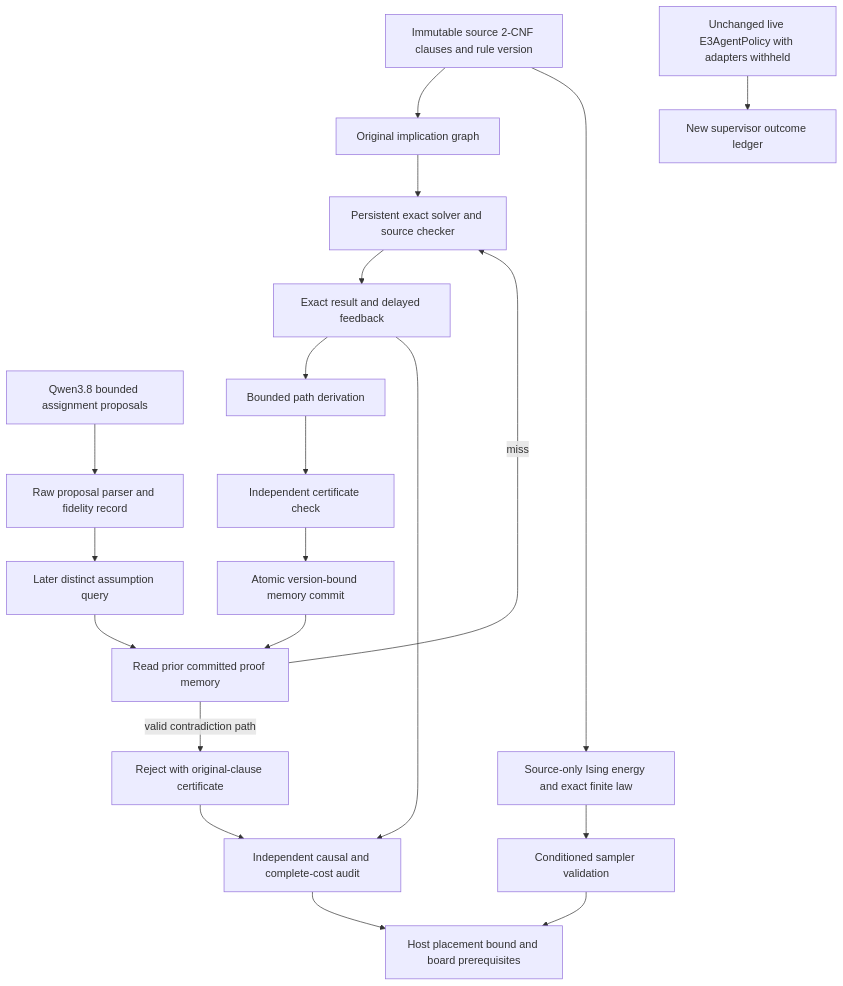
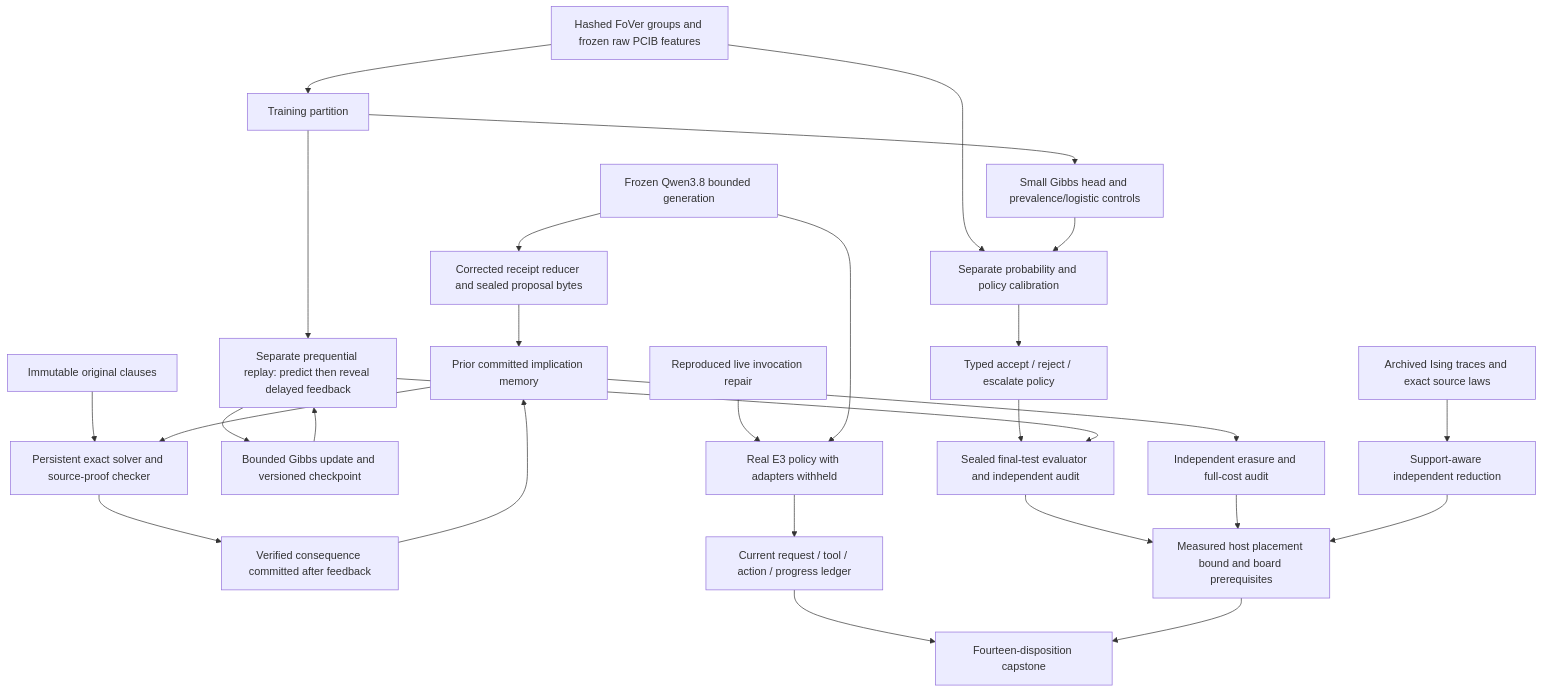
One commit to Carnot-EBM/carnot-ebm changed the first of 2 diagrams in openspec/change-proposals/research-roadmap-vNEXT.md. Above: the diagram before and after it, drawn with Mermaid. The commit also changed other lines of this file and 16 other files, not shown here.

````diff
--- a/openspec/change-proposals/research-roadmap-vNEXT.md
+++ b/openspec/change-proposals/research-roadmap-vNEXT.md
@@ -89,22 +108,29 @@
 ```mermaid
 flowchart TD
-    S[Immutable source 2-CNF clauses and rule version] --> G[Original implication graph]
-    Q[Qwen3.8 bounded assignment proposals] --> P[Raw proposal parser and fidelity record]
-    P --> R[Later distinct assumption query]
-    G --> X[Persistent exact solver and source checker]
-    R --> M[Read prior committed proof memory]
-    M -->|valid contradiction path| J[Reject with original-clause certificate]
-    M -->|miss| X
-    X --> O[Exact result and delayed feedback]
-    O --> D[Bounded path derivation]
-    D --> C[Independent certificate check]
-    C --> W[Atomic version-bound memory commit]
+    F[Hashed FoVer groups and frozen raw PCIB features] --> T[Training partition]
+    F --> C[Separate probability and policy calibration]
+    T --> G[Small Gibbs head and prevalence/logistic controls]
+    G --> C
+    C --> P[Typed accept / reject / escalate policy]
+    P --> E[Sealed final-test evaluator and independent audit]
+    T --> O[Separate prequential replay: predict then reveal delayed feedback]
+    O --> U[Bounded Gibbs update and versioned checkpoint]
+    U --> O
+    O --> E
+    Q[Frozen Qwen3.8 bounded generation] --> R[Corrected receipt reducer and sealed proposal bytes]
+    R --> M[Prior committed implication memory]
+    S[Immutable original clauses] --> X[Persistent exact solver and source-proof checker]
+    M --> X
+    X --> W[Verified consequence committed after feedback]
     W --> M
-    J --> A[Independent causal and complete-cost audit]
-    O --> A
-    S --> E[Source-only Ising energy and exact finite law]
-    E --> I[Conditioned sampler validation]
-    L[Unchanged live E3AgentPolicy with adapters withheld] --> B[New supervisor outcome ledger]
-    A --> H[Host placement bound and board prerequisites]
-    I --> H
+    M --> A[Independent erasure and full-cost audit]
+    B[Reproduced live invocation repair] --> L[Real E3 policy with adapters withheld]
+    Q --> L
+    L --> V[Current request / tool / action / progress ledger]
+    I[Archived Ising traces and exact source laws] --> J[Support-aware independent reduction]
+    E --> H[Measured host placement bound and board prerequisites]
+    A --> H
+    J --> H
+    V --> Z[Fourteen-disposition capstone]
+    H --> Z
 ```
````
